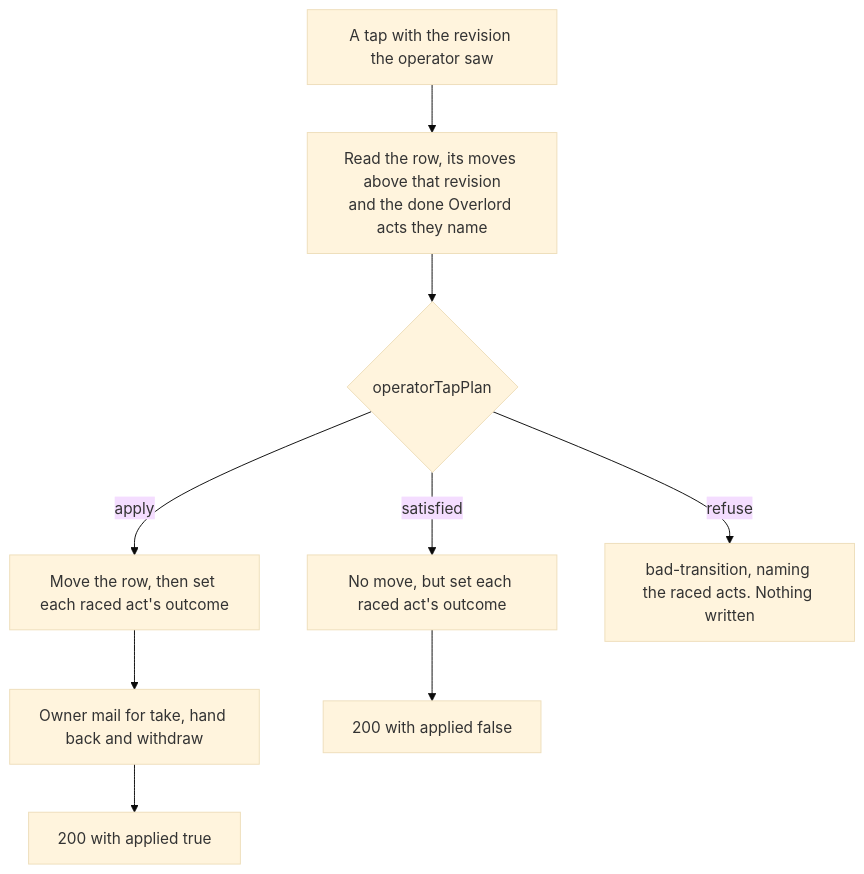
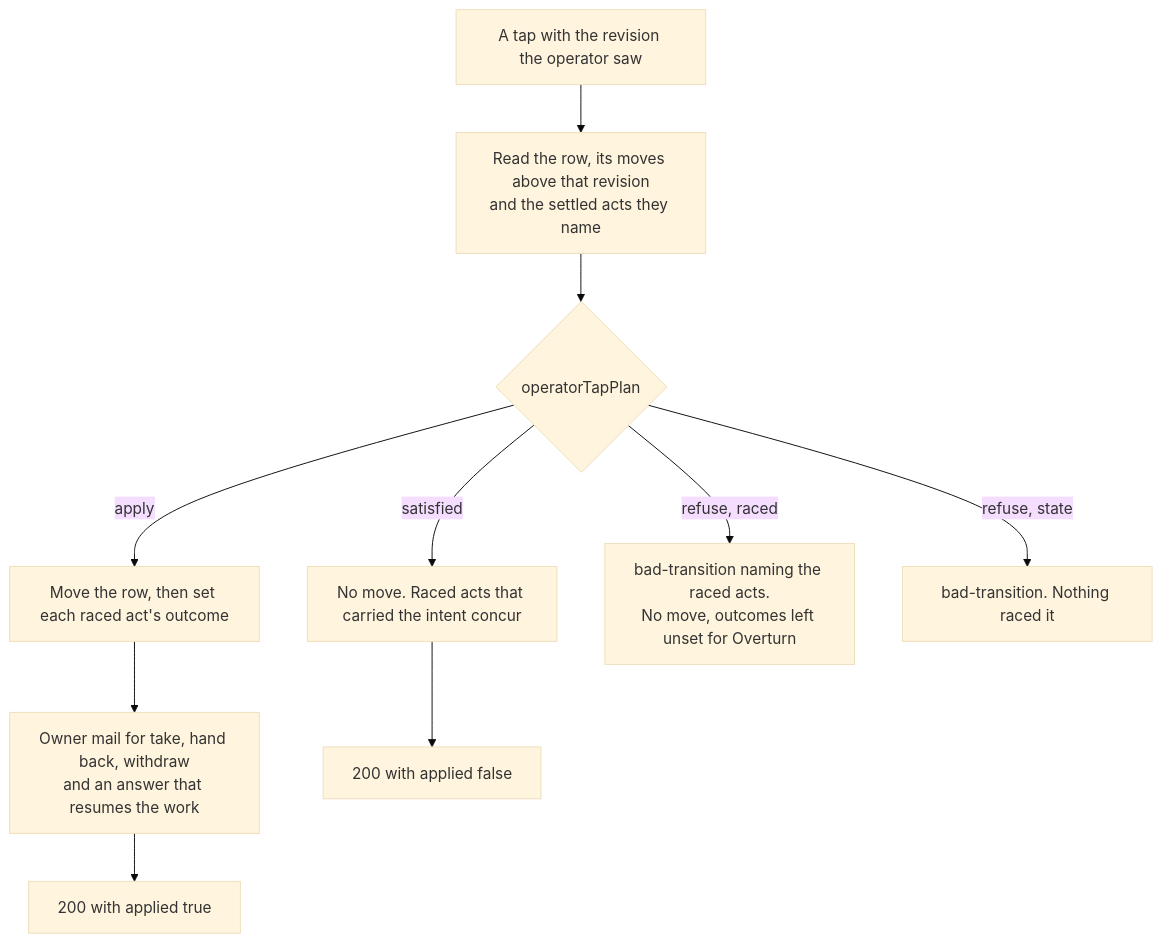
Before and after one commit to Synapsium-Labs/ccrc-pwa: the second of 2 diagrams in docs/superpowers/plans/2026-11-16-overlord-w2/w2-operator-request-doors.md, drawn with Mermaid (base theme). The commit also changed other lines of this file and 1 other file, not shown here.

First line of the commit message:
docs(plan): fix round 1 of the W2 operator doors and act reads plans (review 2286)

````diff
--- a/docs/superpowers/plans/2026-11-16-overlord-w2/w2-operator-request-doors.md
+++ b/docs/superpowers/plans/2026-11-16-overlord-w2/w2-operator-request-doors.md
@@ -317,11 +366,12 @@
 ```mermaid
 flowchart TD
-  T["A tap with the revision the operator saw"] --> R["Read the row, its moves above that revision<br/>and the done Overlord acts they name"]
+  T["A tap with the revision the operator saw"] --> R["Read the row, its moves above that revision<br/>and the settled acts they name"]
   R --> P{"operatorTapPlan"}
   P -->|"apply"| A["Move the row, then set each raced act's outcome"]
-  P -->|"satisfied"| S["No move, but set each raced act's outcome"]
-  P -->|"refuse"| X["bad-transition, naming the raced acts. Nothing written"]
-  A --> M["Owner mail for take, hand back and withdraw"]
+  P -->|"satisfied"| S["No move. Raced acts that carried the intent concur"]
+  P -->|"refuse, raced"| X["bad-transition naming the raced acts.<br/>No move, outcomes left unset for Overturn"]
+  P -->|"refuse, state"| Y["bad-transition. Nothing raced it"]
+  A --> M["Owner mail for take, hand back, withdraw<br/>and an answer that resumes the work"]
   S --> O["200 with applied false"]
   M --> O2["200 with applied true"]
 ```
````
